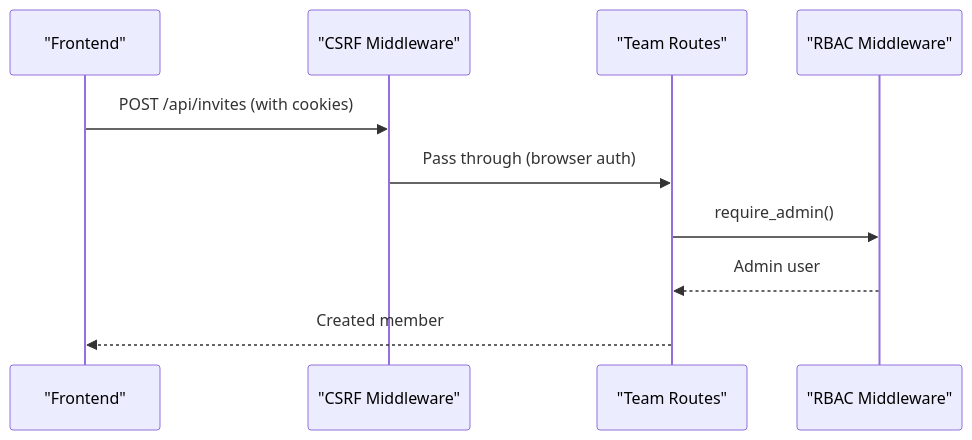
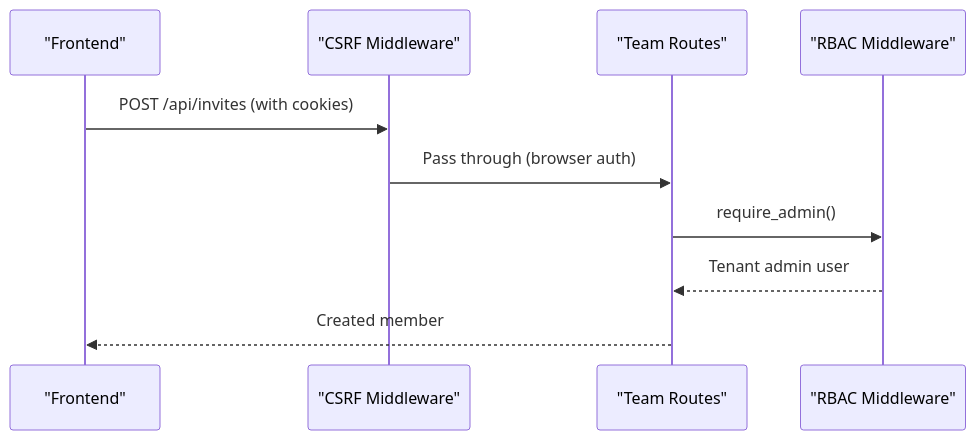
Before and after one commit to Revanththetalogics/aireume: the tenth of 12 diagrams in .qoder/repowiki/en/content/Authentication & Authorization/Authentication & Authorization.md, drawn with Mermaid. The commit also changed other lines of this file and 10 other files, not shown here.

````diff
--- a/.qoder/repowiki/en/content/Authentication & Authorization/Authentication & Authorization.md
+++ b/.qoder/repowiki/en/content/Authentication & Authorization/Authentication & Authorization.md
@@ -415,12 +516,12 @@
 ```mermaid
 sequenceDiagram
 participant FE as "Frontend"
 participant CSRF as "CSRF Middleware"
 participant API as "Team Routes"
 participant MW as "RBAC Middleware"
 FE->>CSRF : POST /api/invites (with cookies)
 CSRF->>API : Pass through (browser auth)
 API->>MW : require_admin()
-MW-->>API : Admin user
+MW-->>API : Tenant admin user
 API-->>FE : Created member
 ```
````
